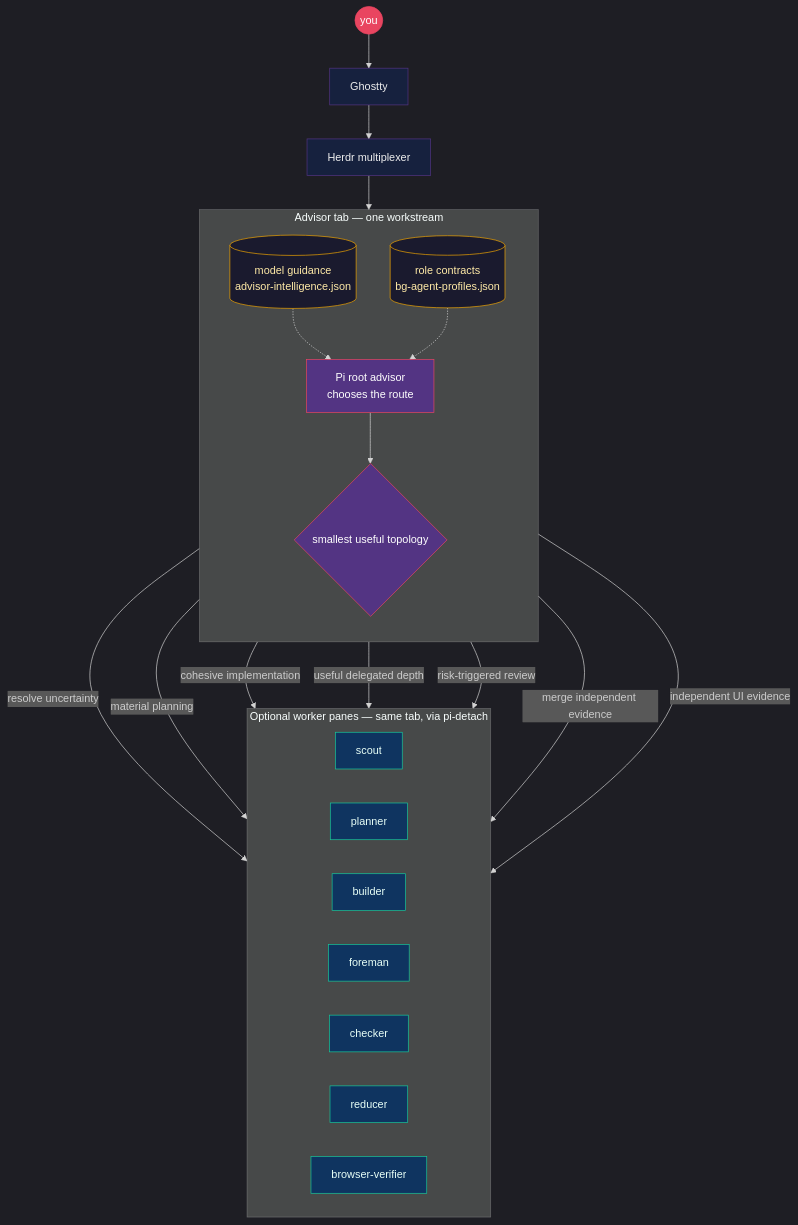
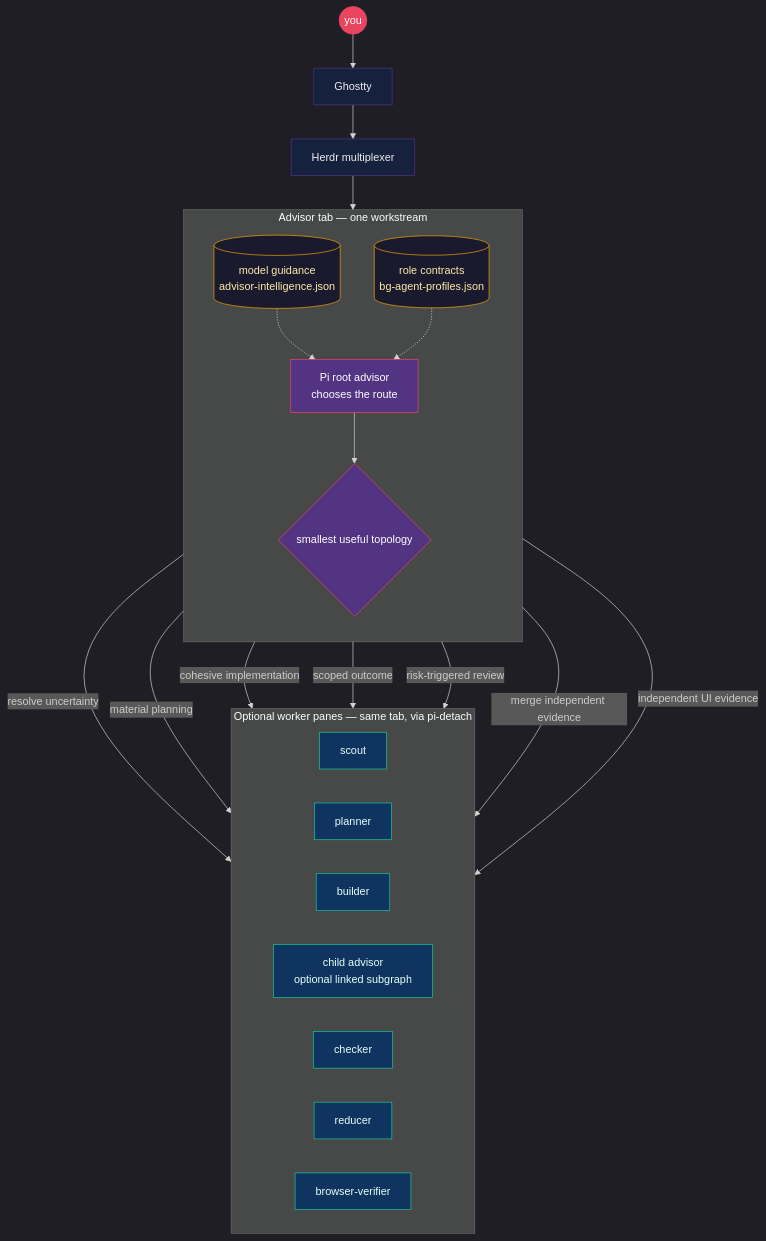
Before and after one commit to nourhelmi/pi-meta-harness: the first of 2 diagrams in README.md, drawn with Mermaid. The commit also changed other lines of this file and 74 other files, not shown here.

Commit message:
feat(advisor): replace foreman with scoped child advisors

````diff
--- a/README.md
+++ b/README.md
@@ -16,55 +16,55 @@
 ```mermaid
 ---
 config:
   theme: dark
   flowchart:
     curve: basis
 ---
 flowchart TB
   You((you)) --> Ghostty[Ghostty]
   Ghostty --> Herdr[Herdr multiplexer]
 
   subgraph tab ["Advisor tab — one workstream"]
     direction TB
     Adv["Pi root advisor\nchooses the route"]
     Guide[("model guidance\nadvisor-intelligence.json")]
     Roles[("role contracts\nbg-agent-profiles.json")]
     Route{"smallest useful topology"}
     Guide -.-> Adv
     Roles -.-> Adv
     Adv --> Route
   end
 
   Herdr --> Adv
 
   subgraph panes ["Optional worker panes — same tab, via pi-detach"]
     direction LR
     Scout[scout]
     Plan[planner]
     Build[builder]
-    Foreman[foreman]
+    Child["child advisor\noptional linked subgraph"]
     Check[checker]
     Reduce[reducer]
     Browser[browser-verifier]
   end
 
   Route -->|resolve uncertainty| Scout
   Route -->|material planning| Plan
   Route -->|cohesive implementation| Build
-  Route -->|useful delegated depth| Foreman
+  Route -->|scoped outcome| Child
   Route -->|risk-triggered review| Check
   Route -->|merge independent evidence| Reduce
   Route -->|independent UI evidence| Browser
 
   classDef you fill:#e94560,stroke:#e94560,color:#fff
   classDef mux fill:#16213e,stroke:#533483,color:#eee
   classDef advisor fill:#533483,stroke:#e94560,color:#fff
   classDef map fill:#1a1a2e,stroke:#f0a500,color:#ffeaa7
   classDef worker fill:#0f3460,stroke:#16c79a,color:#e8fff7
 
   class You you
   class Ghostty,Herdr mux
   class Adv,Route advisor
   class Guide,Roles map
-  class Scout,Plan,Build,Foreman,Check,Reduce,Browser worker
+  class Scout,Plan,Build,Child,Check,Reduce,Browser worker
 ```
````
